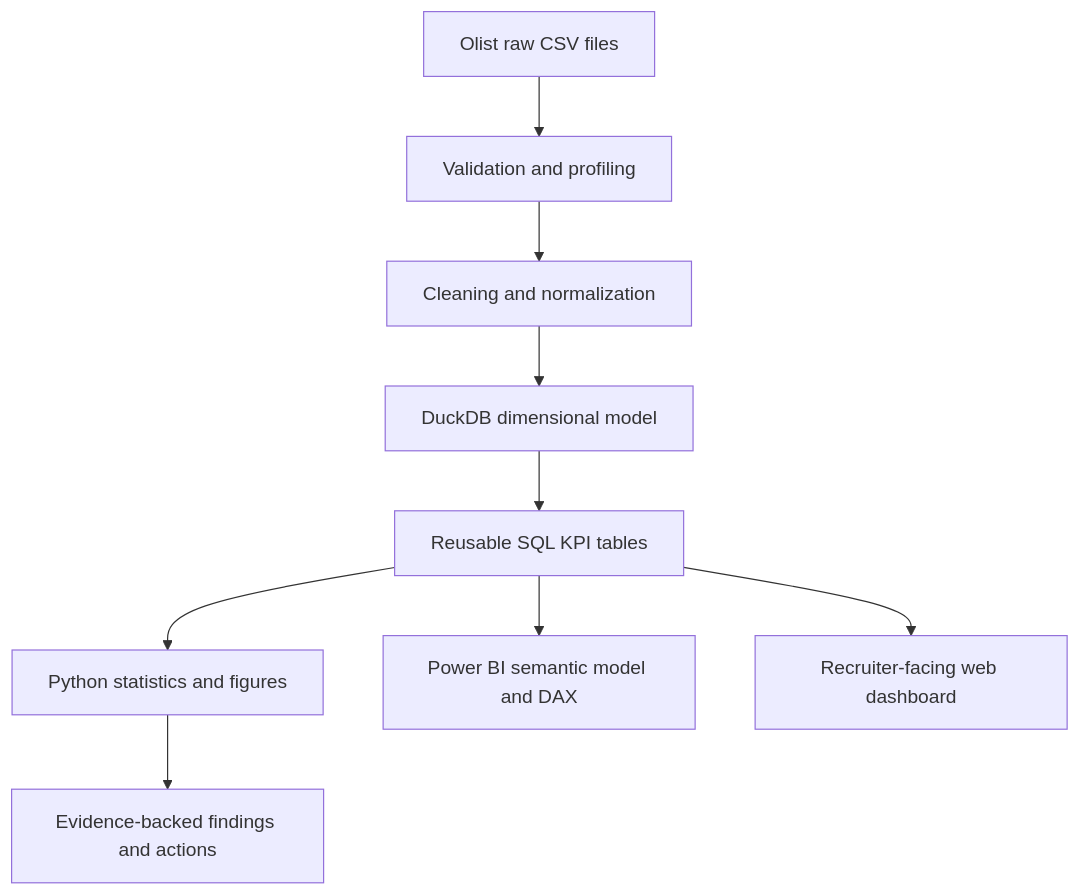
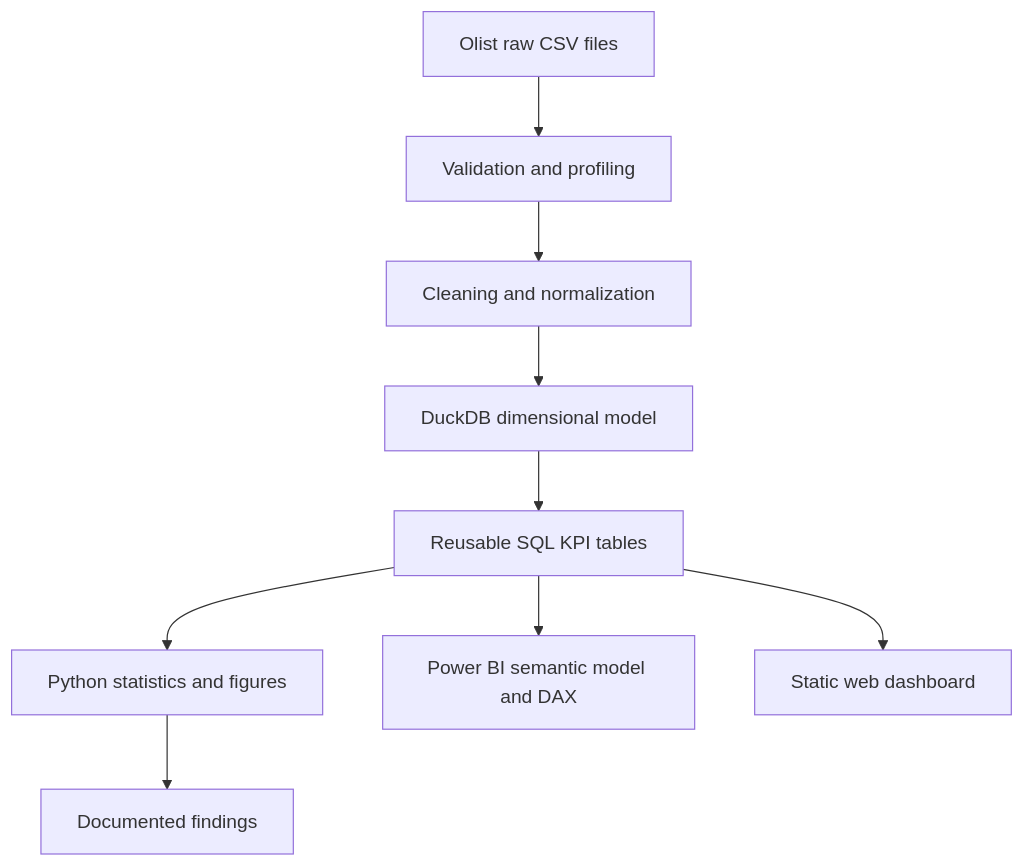
Before and after one commit to Pavithran-R-A/olist-marketplace-analytics: the diagram in README.md, drawn with Mermaid. The commit also changed other lines of this file, not shown here.

````diff
--- a/README.md
+++ b/README.md
@@ -40,11 +46,11 @@
 ```mermaid
 flowchart TD
   A[Olist raw CSV files] --> B[Validation and profiling]
   B --> C[Cleaning and normalization]
   C --> D[DuckDB dimensional model]
   D --> E[Reusable SQL KPI tables]
   E --> F[Python statistics and figures]
   E --> G[Power BI semantic model and DAX]
-  E --> H[Recruiter-facing web dashboard]
-  F --> I[Evidence-backed findings and actions]
+  E --> H[Static web dashboard]
+  F --> I[Documented findings]
 ```
````
